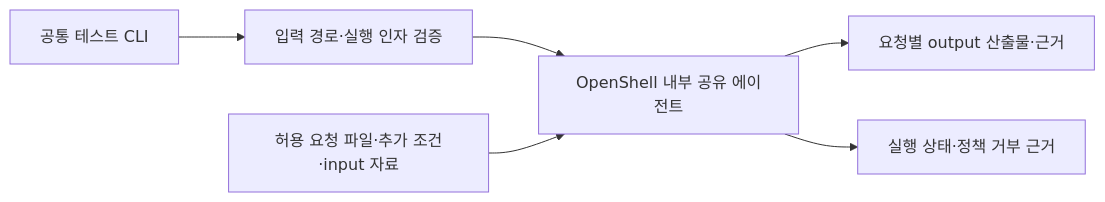
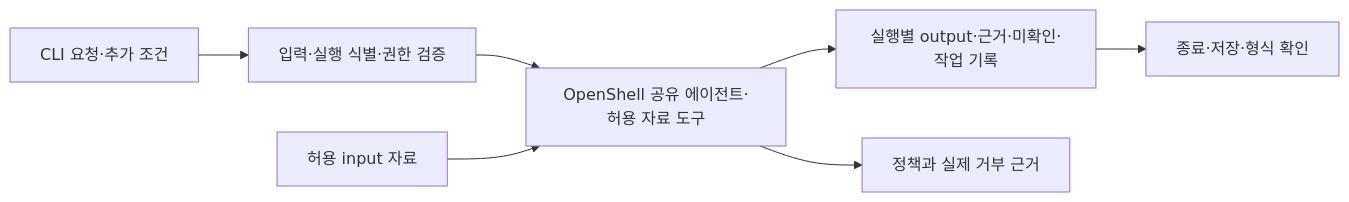
The second of 2 diagrams in docs/ARCHITECTURE.md (taehyunan-99/nvidia-hackathon-finals), drawn with Mermaid before and after one commit. The commit also changed other lines of this file and 38 other files, not shown here.

Commit message:
feat(agent): 가족 탐색과 OpenShell 실행 기반 연결

````diff
--- a/docs/ARCHITECTURE.md
+++ b/docs/ARCHITECTURE.md
@@ -134,8 +136,9 @@
 ```mermaid
 flowchart LR
-    C[공통 테스트 CLI] --> V[입력 경로·실행 인자 검증]
-    V --> E[OpenShell 내부 공유 에이전트]
-    I[허용 요청 파일·추가 조건·input 자료] --> E
-    E --> O[요청별 output 산출물·근거]
-    E --> R[실행 상태·정책 거부 근거]
+    C[CLI 요청·추가 조건] --> V[입력·실행 식별·권한 검증]
+    V --> E[OpenShell 공유 에이전트·허용 자료 도구]
+    I[허용 input 자료] --> E
+    E --> O[실행별 output·근거·미확인·작업 기록]
+    O --> R[종료·저장·형식 확인]
+    E --> P[정책과 실제 거부 근거]
 ```
````
